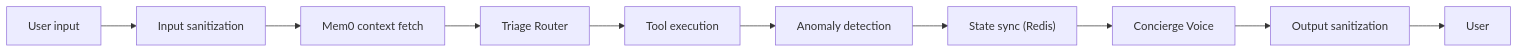
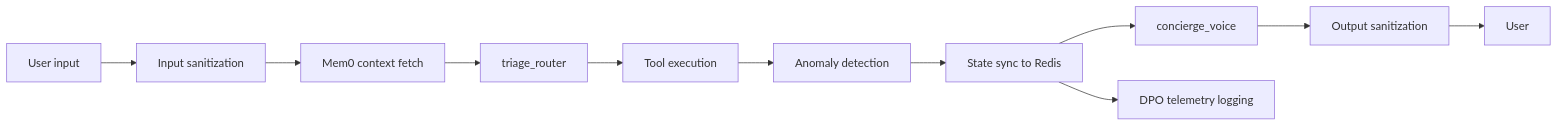
The third of 3 diagrams in README.md (muhammadhasaan82/AI_Property_Booking_concierge), drawn with Mermaid before and after one commit. The commit also changed other lines of this file, not shown here.

Commit message:
docs: enhance README to clarify V2 state model and update flowchart for tool execution process

````diff
--- a/README.md
+++ b/README.md
@@ -80,12 +82,14 @@
 ```mermaid
 flowchart LR
     IN["User input"] --> IS["Input sanitization"]
     IS --> MC["Mem0 context fetch"]
-    MC --> TR["Triage Router"]
+    MC --> TR["triage_router"]
     TR --> TE["Tool execution"]
     TE --> AD["Anomaly detection"]
-    AD --> SS["State sync (Redis)"]
-    SS --> CV["Concierge Voice"]
+    AD --> SS["State sync to Redis"]
+    SS --> CV["concierge_voice"]
     CV --> OS["Output sanitization"]
     OS --> OUT["User"]
+
+    SS --> TP["DPO telemetry logging"]
 ```
````
